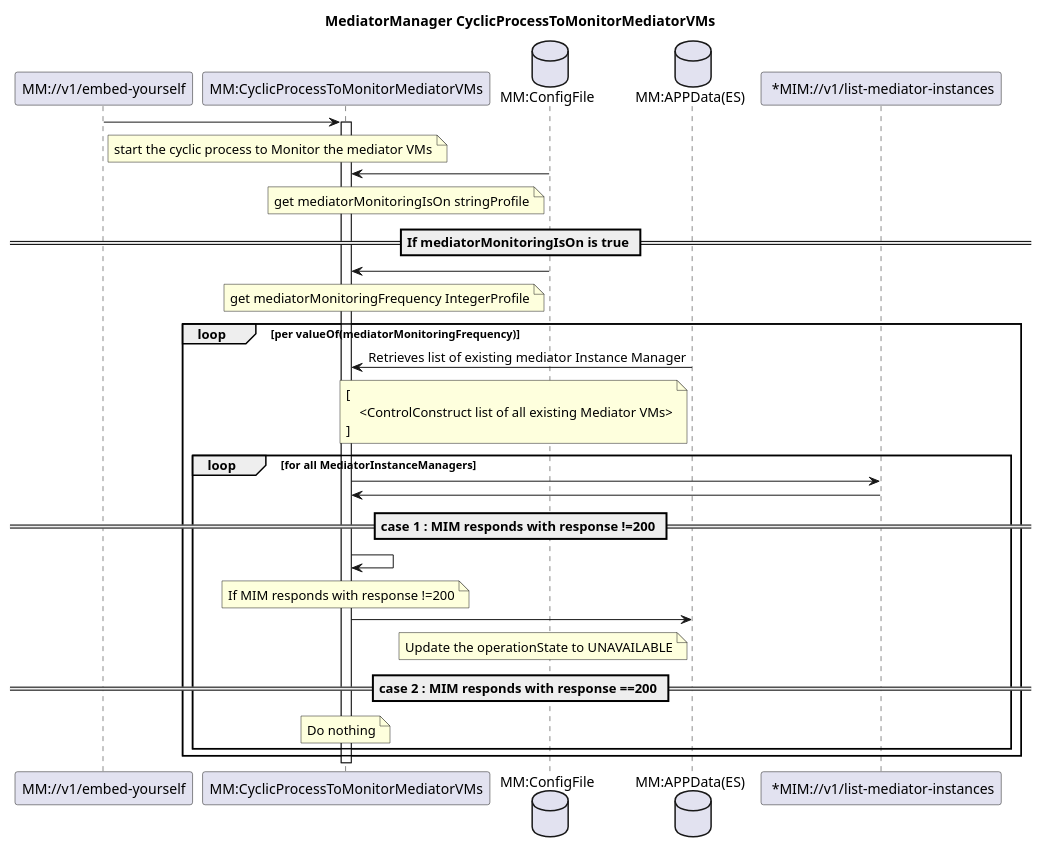
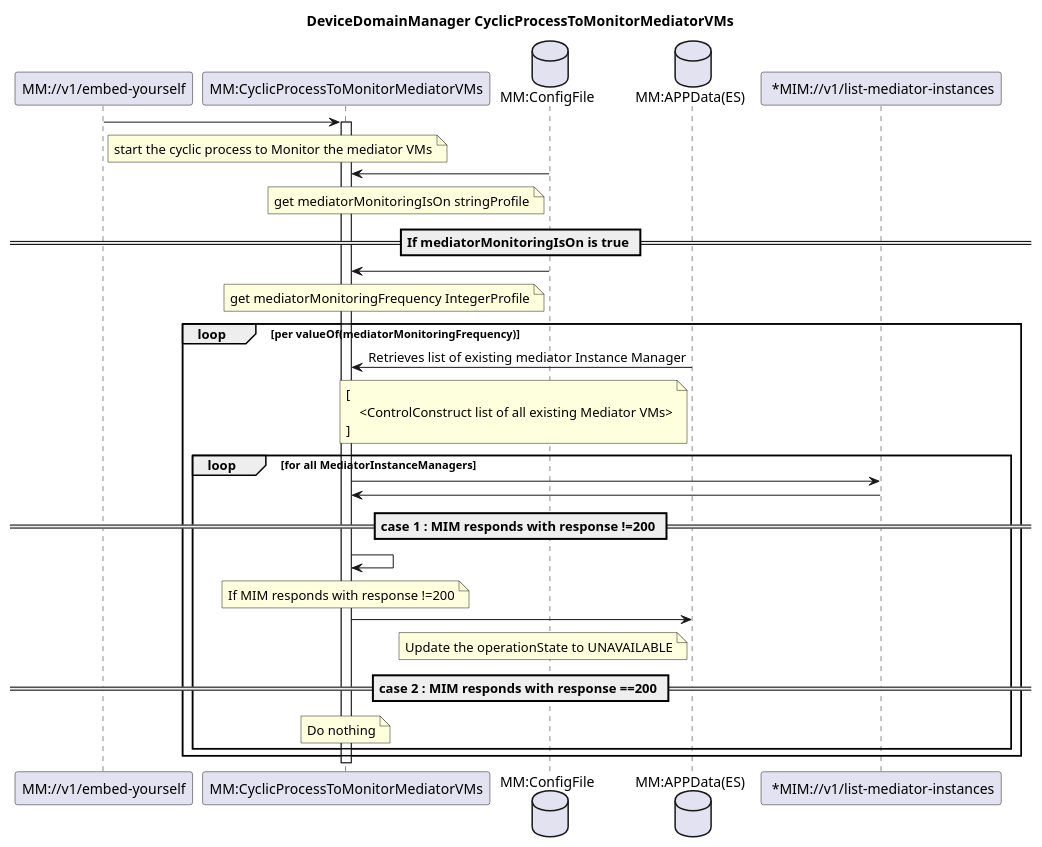
Before and after one commit to openBackhaul/MediatorManager: the diagram in spec/diagrams/MediatorVMtemplate/CyclicProcessToMonitorMediatorVMs.iuml, drawn with PlantUML. The commit also changed 84 other files, not shown here.

```diff
--- a/spec/diagrams/MediatorVMtemplate/CyclicProcessToMonitorMediatorVMs.iuml
+++ b/spec/diagrams/MediatorVMtemplate/CyclicProcessToMonitorMediatorVMs.iuml
@@ -1,67 +1,67 @@
 @startuml CyclicProcessToMonitorMediatorVMs
 skinparam responseMessageBelowArrow true
 
 title
-MediatorManager CyclicProcessToMonitorMediatorVMs
+DeviceDomainManager CyclicProcessToMonitorMediatorVMs
 end title
 
 participant "MM://v1/embed-yourself" as EmbedYourself
 participant "MM:CyclicProcessToMonitorMediatorVMs" as MM
 database "MM:ConfigFile" as ConfigFile
 database "MM:APPData(ES)" as AppData
 participant " *MIM://v1/list-mediator-instances" as MIM
 
 EmbedYourself -> MM : 
 note right EmbedYourself
 start the cyclic process to Monitor the mediator VMs
 end note
 activate MM
 
 ConfigFile -> MM :
 note left ConfigFile
 get mediatorMonitoringIsOn stringProfile
 end note
 
 == If mediatorMonitoringIsOn is true ==
 
 ConfigFile -> MM :
 note left ConfigFile
 get mediatorMonitoringFrequency IntegerProfile
 end note
 
 loop per valueOf(mediatorMonitoringFrequency) 
 
 AppData -> MM : Retrieves list of existing mediator Instance Manager
 note left AppData
 [
     <ControlConstruct list of all existing Mediator VMs>
 ]
 end note
 
 loop for all MediatorInstanceManagers
 MM -> MIM :
 MIM -> MM :
 
 
 == case 1 : MIM responds with response !=200 ==
 MM -> MM :
 note over MM
    If MIM responds with response !=200
 end note
 
 MM -> AppData
 note left AppData
 Update the operationState to UNAVAILABLE
 end note
 
 == case 2 : MIM responds with response ==200 ==
 
 note over MM
    Do nothing
 end note
 end
 end
 
 deactivate MM
 
 @enduml
```
